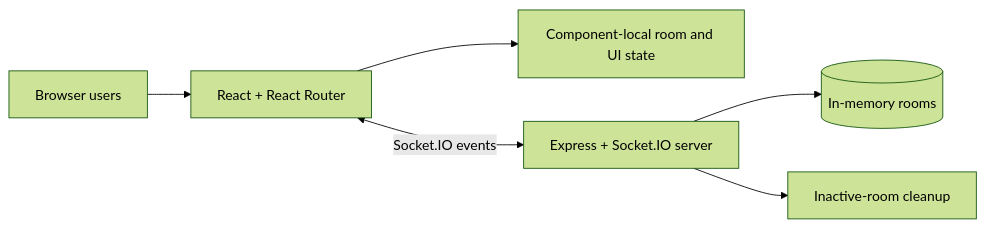
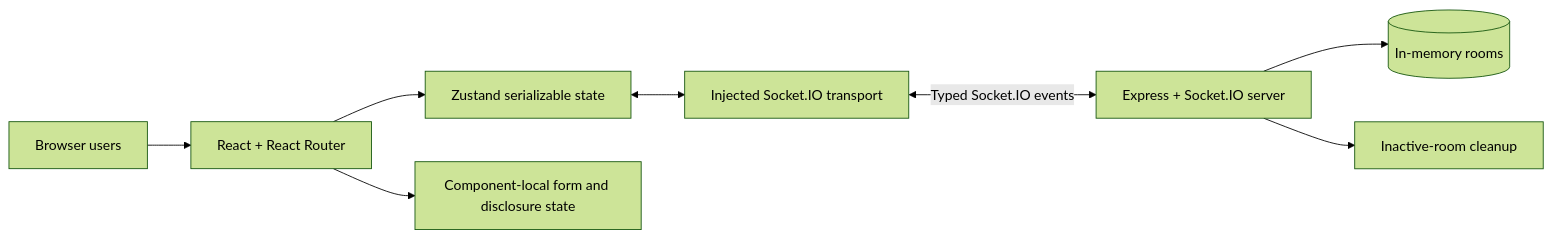
Before and after one commit to kereszteszsolt/planning-poker: the diagram in README.md, drawn with Mermaid (forest theme). The commit also changed other lines of this file and 30 other files, not shown here.

````diff
--- a/README.md
+++ b/README.md
@@ -42,8 +42,10 @@
 ```mermaid
 flowchart LR
     USER[Browser users] --> WEB[React + React Router]
-    WEB --> LOCAL[Component-local room and UI state]
-    WEB <-->|Socket.IO events| SERVER[Express + Socket.IO server]
+    WEB --> STORE[Zustand serializable state]
+    WEB --> LOCAL[Component-local form and disclosure state]
+    STORE <--> TRANSPORT[Injected Socket.IO transport]
+    TRANSPORT <-->|Typed Socket.IO events| SERVER[Express + Socket.IO server]
     SERVER --> ROOMS[(In-memory rooms)]
     SERVER --> TIMER[Inactive-room cleanup]
 ```
````
